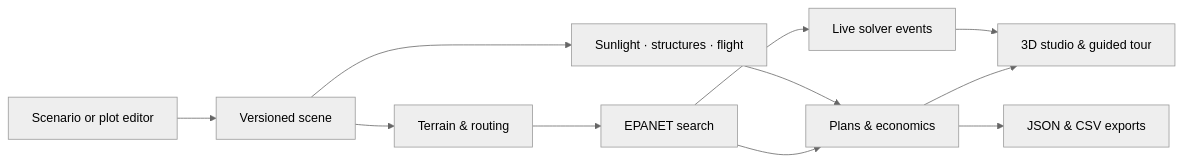
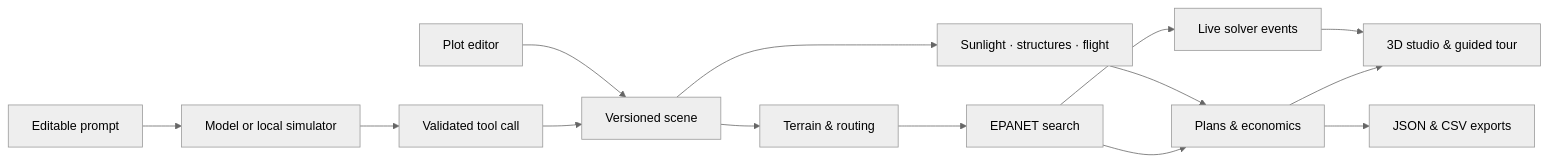
The diagram in README.en.md (ddy314/demeter), drawn with Mermaid (neutral theme) before and after one commit. The commit also changed other lines of this file and 19 other files, not shown here.

Commit message:
feat: drive orchard designs through validated model tool calls

````diff
--- a/README.en.md
+++ b/README.en.md
@@ -89,13 +96,16 @@
 ```mermaid
 flowchart LR
-    A[Scenario or plot editor] --> B[Versioned scene]
+    A[Editable prompt] --> P[Model or local simulator]
+    P --> V[Validated tool call]
+    V --> B[Versioned scene]
+    W[Plot editor] --> B
     B --> C[Terrain & routing]
     C --> D[EPANET search]
     B --> E[Sunlight · structures · flight]
     D --> F[Plans & economics]
     E --> F
     D --> G[Live solver events]
     F --> H[3D studio & guided tour]
     G --> H
     F --> I[JSON & CSV exports]
 ```
````
